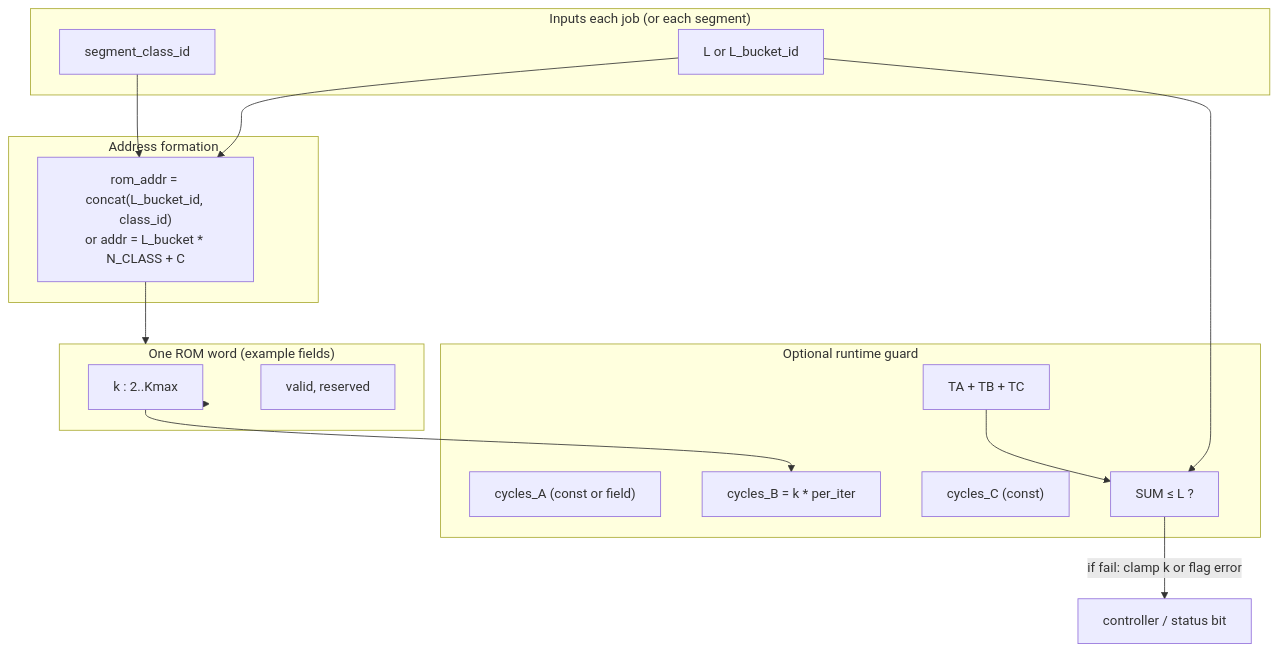
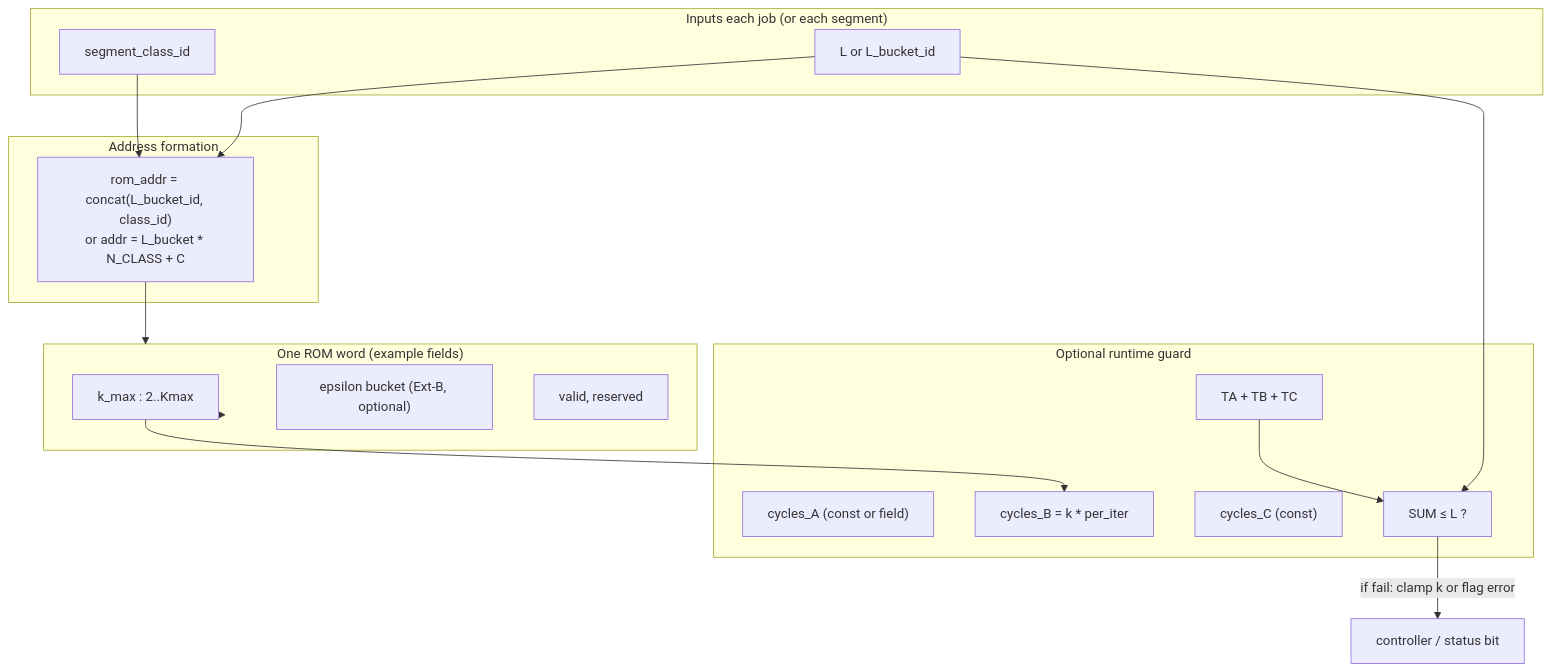
One commit to EeshanaHari9/Latency-Bounded-Scheduling-For-Iterative-Approximate-Pipeline changed the third of 12 diagrams in docs/iterative_approximate_dag_diagram.md. Above: the diagram before and after it, drawn with Mermaid. The commit also changed other lines of this file and 5 other files, not shown here.

````diff
--- a/docs/iterative_approximate_dag_diagram.md
+++ b/docs/iterative_approximate_dag_diagram.md
@@ -105,32 +110,33 @@
 ```mermaid
 flowchart TD
   subgraph Inputs["Inputs each job (or each segment)"]
     Lb["L or L_bucket_id"]
     C["segment_class_id"]
   end
 
   subgraph IDX["Address formation"]
     ADDR["rom_addr = concat(L_bucket_id, class_id)<br/>or addr = L_bucket * N_CLASS + C"]
   end
 
   subgraph ROW["One ROM word (example fields)"]
-    K["k : 2..Kmax"]
+    K["k_max : 2..Kmax"]
+    EPS["epsilon bucket (Ext-B, optional)"]
     FLAGS["valid, reserved"]
   end
 
   subgraph CHECK["Optional runtime guard"]
     TA["cycles_A (const or field)"]
     TB["cycles_B = k * per_iter"]
     TC["cycles_C (const)"]
     SUM["TA + TB + TC"]
     CMP["SUM ≤ L ?"]
   end
 
   Lb & C --> ADDR
   ADDR --> ROW
   ROW --> K
   K --> TB
   Lb --> CMP
   SUM --> CMP
   CMP -->|"if fail: clamp k or flag error"| CTRL_NOTE["controller / status bit"]
 ```
````
